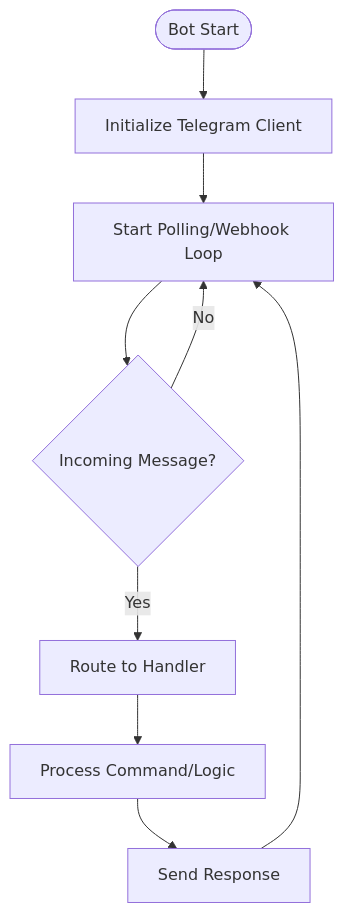
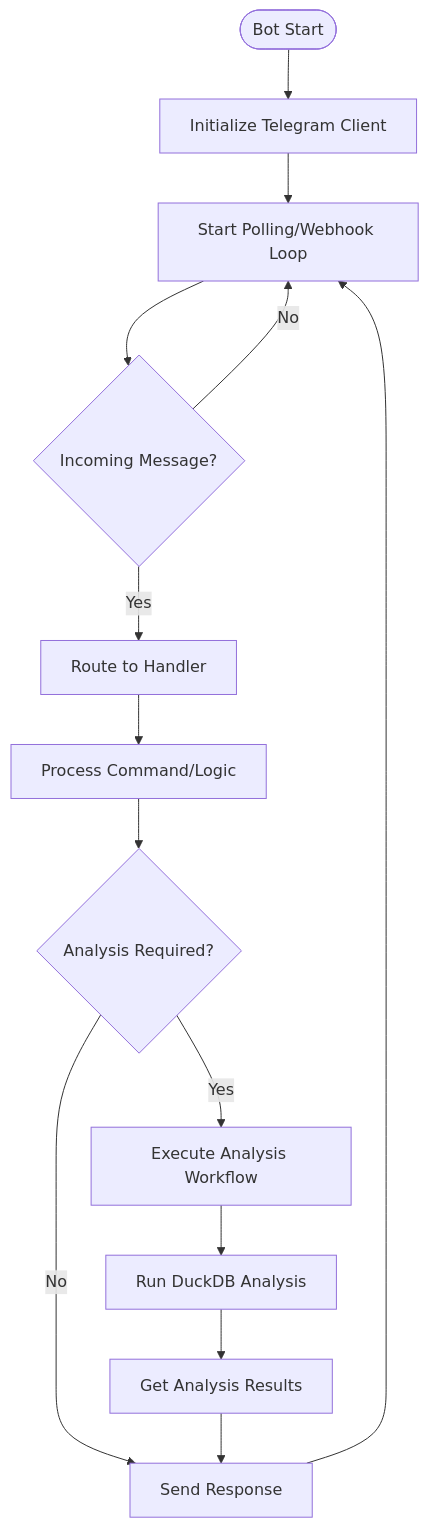
One commit to ZengSeng/telegram-bot changed the third of 11 diagrams in .qoder/repowiki/en/content/Core Components/Analysis Framework.md. Above: the diagram before and after it, drawn with Mermaid. The commit also changed other lines of this file and 24 other files, not shown here.

````diff
--- a/.qoder/repowiki/en/content/Core Components/Analysis Framework.md
+++ b/.qoder/repowiki/en/content/Core Components/Analysis Framework.md
@@ -189,11 +211,16 @@
 ```mermaid
 flowchart TD
 Start(["Bot Start"]) --> Init["Initialize Telegram Client"]
 Init --> Poll["Start Polling/Webhook Loop"]
 Poll --> OnMessage{"Incoming Message?"}
 OnMessage --> |Yes| Route["Route to Handler"]
 Route --> Process["Process Command/Logic"]
-Process --> Reply["Send Response"]
+Process --> CheckAnalysis{"Analysis Required?"}
+CheckAnalysis --> |Yes| ExecuteAnalysis["Execute Analysis Workflow"]
+CheckAnalysis --> |No| Reply["Send Response"]
+ExecuteAnalysis --> Analyze["Run DuckDB Analysis"]
+Analyze --> GetResults["Get Analysis Results"]
+GetResults --> Reply["Send Response"]
 Reply --> Poll
 OnMessage --> |No| Poll
 ```
````
